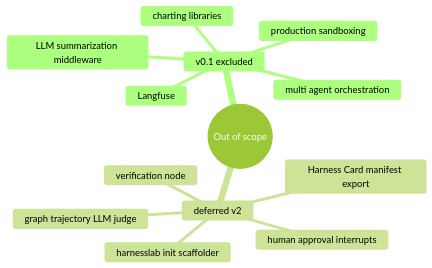
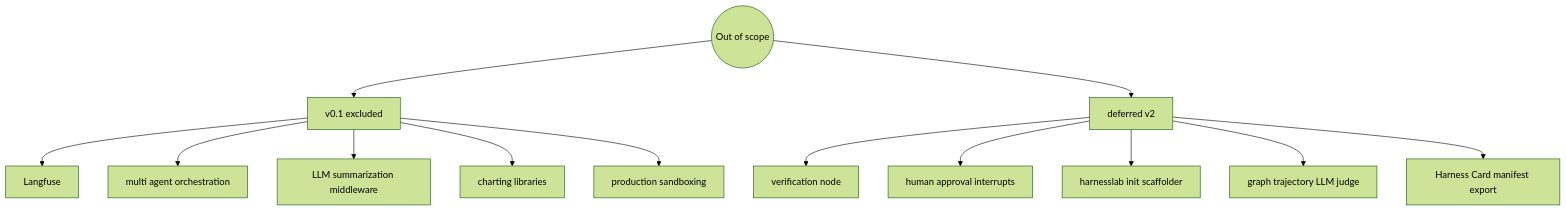
Before and after one commit to HOSH19/HarnessLab: the sixth of 8 diagrams in IMPLEMENTATION_PLAN.md, drawn with Mermaid (forest theme). The commit also changed 1 other file, not shown here.

Commit message:
Fix out-of-scope diagram so all branches link to root.
Replace unreliable mindmap with flowchart because GitHub Mermaid often
orphans the first sibling branch in mindmap layouts.

````diff
--- a/IMPLEMENTATION_PLAN.md
+++ b/IMPLEMENTATION_PLAN.md
@@ -117,16 +117,18 @@
 ```mermaid
-mindmap
-  root((Out of scope))
-    v0.1 excluded
-      Langfuse
-      multi agent orchestration
-      LLM summarization middleware
-      charting libraries
-      production sandboxing
-    deferred v2
-      verification node
-      human approval interrupts
-      harnesslab init scaffolder
-      graph trajectory LLM judge
-      Harness Card manifest export
+flowchart TB
+    Root((Out of scope))
+    Root --> Excluded[v0.1 excluded]
+    Root --> Deferred[deferred v2]
+
+    Excluded --> E1[Langfuse]
+    Excluded --> E2[multi agent orchestration]
+    Excluded --> E3[LLM summarization middleware]
+    Excluded --> E4[charting libraries]
+    Excluded --> E5[production sandboxing]
+
+    Deferred --> D1[verification node]
+    Deferred --> D2[human approval interrupts]
+    Deferred --> D3[harnesslab init scaffolder]
+    Deferred --> D4[graph trajectory LLM judge]
+    Deferred --> D5[Harness Card manifest export]
 ```
````
